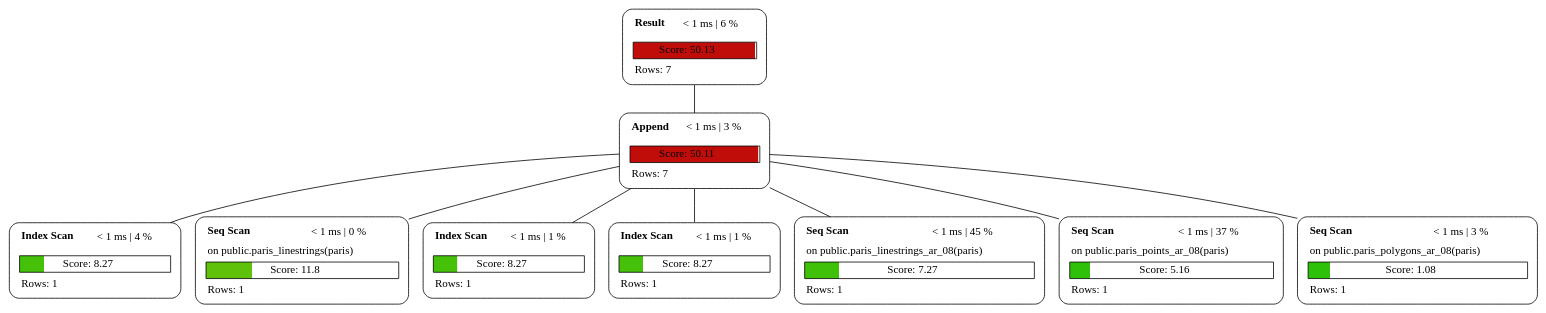
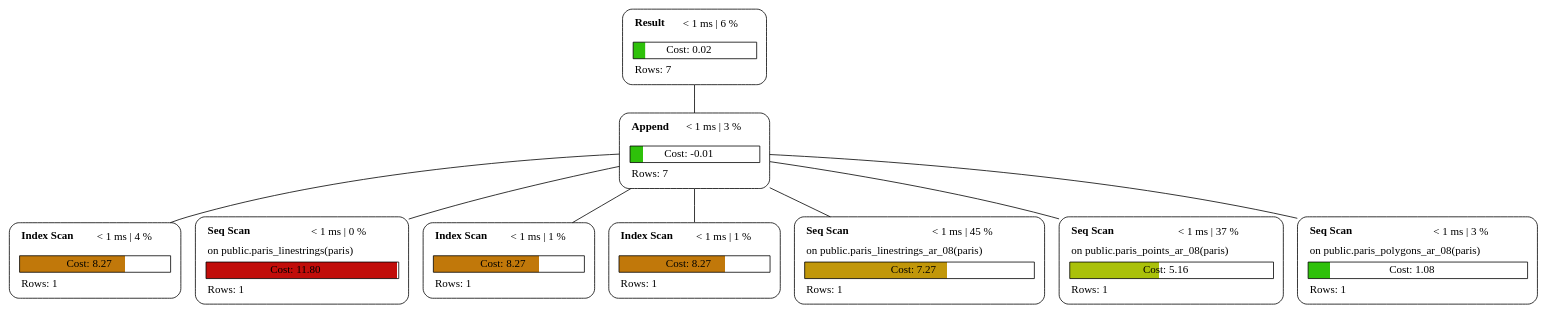
One commit to sanpii/explain changed the diagram in examples/plan_3.dot. Above: the diagram before and after it, drawn with Graphviz. The commit also changed 16 other files, not shown here.

```diff
--- a/examples/plan_3.dot
+++ b/examples/plan_3.dot
@@ -1,19 +1,19 @@
 graph explain {
-    node0[label=<<table border="0" cellborder="0" cellspacing="5"><tr><td align="left"><b>Result</b></td><td>&lt; 1 ms | 6 %</td></tr><tr><td colspan="2" align="left"></td></tr><tr><td colspan="2" border="1" bgcolor="#c10d0a;0.99:white">Score: 50.13</td></tr><tr><td colspan="2" align="left">Rows: 7</td></tr></table>>][style="rounded"][shape="box"];
-    node1[label=<<table border="0" cellborder="0" cellspacing="5"><tr><td align="left"><b>Append</b></td><td>&lt; 1 ms | 3 %</td></tr><tr><td colspan="2" align="left"></td></tr><tr><td colspan="2" border="1" bgcolor="#c10d0a;0.99:white">Score: 50.11</td></tr><tr><td colspan="2" align="left">Rows: 7</td></tr></table>>][style="rounded"][shape="box"];
-    node2[label=<<table border="0" cellborder="0" cellspacing="5"><tr><td align="left"><b>Index Scan</b></td><td>&lt; 1 ms | 4 %</td></tr><tr><td colspan="2" align="left"></td></tr><tr><td colspan="2" border="1" bgcolor="#46c10a;0.16:white">Score: 8.27</td></tr><tr><td colspan="2" align="left">Rows: 1</td></tr></table>>][style="rounded"][shape="box"];
-    node3[label=<<table border="0" cellborder="0" cellspacing="5"><tr><td align="left"><b>Seq Scan</b></td><td>&lt; 1 ms | 0 %</td></tr><tr><td colspan="2" align="left">on public.paris_linestrings(paris)</td></tr><tr><td colspan="2" border="1" bgcolor="#60c10a;0.24:white">Score: 11.8</td></tr><tr><td colspan="2" align="left">Rows: 1</td></tr></table>>][style="rounded"][shape="box"];
-    node4[label=<<table border="0" cellborder="0" cellspacing="5"><tr><td align="left"><b>Index Scan</b></td><td>&lt; 1 ms | 1 %</td></tr><tr><td colspan="2" align="left"></td></tr><tr><td colspan="2" border="1" bgcolor="#46c10a;0.16:white">Score: 8.27</td></tr><tr><td colspan="2" align="left">Rows: 1</td></tr></table>>][style="rounded"][shape="box"];
-    node5[label=<<table border="0" cellborder="0" cellspacing="5"><tr><td align="left"><b>Index Scan</b></td><td>&lt; 1 ms | 1 %</td></tr><tr><td colspan="2" align="left"></td></tr><tr><td colspan="2" border="1" bgcolor="#46c10a;0.16:white">Score: 8.27</td></tr><tr><td colspan="2" align="left">Rows: 1</td></tr></table>>][style="rounded"][shape="box"];
-    node6[label=<<table border="0" cellborder="0" cellspacing="5"><tr><td align="left"><b>Seq Scan</b></td><td>&lt; 1 ms | 45 %</td></tr><tr><td colspan="2" align="left">on public.paris_linestrings_ar_08(paris)</td></tr><tr><td colspan="2" border="1" bgcolor="#3fc10a;0.15:white">Score: 7.27</td></tr><tr><td colspan="2" align="left">Rows: 1</td></tr></table>>][style="rounded"][shape="box"];
-    node7[label=<<table border="0" cellborder="0" cellspacing="5"><tr><td align="left"><b>Seq Scan</b></td><td>&lt; 1 ms | 37 %</td></tr><tr><td colspan="2" align="left">on public.paris_points_ar_08(paris)</td></tr><tr><td colspan="2" border="1" bgcolor="#2fc10a;0.10:white">Score: 5.16</td></tr><tr><td colspan="2" align="left">Rows: 1</td></tr></table>>][style="rounded"][shape="box"];
-    node8[label=<<table border="0" cellborder="0" cellspacing="5"><tr><td align="left"><b>Seq Scan</b></td><td>&lt; 1 ms | 3 %</td></tr><tr><td colspan="2" align="left">on public.paris_polygons_ar_08(paris)</td></tr><tr><td colspan="2" border="1" bgcolor="#2ec10a;0.10:white">Score: 1.08</td></tr><tr><td colspan="2" align="left">Rows: 1</td></tr></table>>][style="rounded"][shape="box"];
+    node0[label=<<table border="0" cellborder="0" cellspacing="5"><tr><td align="left"><b>Result</b></td><td>&lt; 1 ms | 6 %</td></tr><tr><td colspan="2" align="left"></td></tr><tr><td colspan="2" border="1" bgcolor="#2ec10a;0.10:white">Cost: 0.02</td></tr><tr><td colspan="2" align="left">Rows: 7</td></tr></table>>][style="rounded"][shape="box"];
+    node1[label=<<table border="0" cellborder="0" cellspacing="5"><tr><td align="left"><b>Append</b></td><td>&lt; 1 ms | 3 %</td></tr><tr><td colspan="2" align="left"></td></tr><tr><td colspan="2" border="1" bgcolor="#2ec10a;0.10:white">Cost: -0.01</td></tr><tr><td colspan="2" align="left">Rows: 7</td></tr></table>>][style="rounded"][shape="box"];
+    node2[label=<<table border="0" cellborder="0" cellspacing="5"><tr><td align="left"><b>Index Scan</b></td><td>&lt; 1 ms | 4 %</td></tr><tr><td colspan="2" align="left"></td></tr><tr><td colspan="2" border="1" bgcolor="#c1780a;0.70:white">Cost: 8.27</td></tr><tr><td colspan="2" align="left">Rows: 1</td></tr></table>>][style="rounded"][shape="box"];
+    node3[label=<<table border="0" cellborder="0" cellspacing="5"><tr><td align="left"><b>Seq Scan</b></td><td>&lt; 1 ms | 0 %</td></tr><tr><td colspan="2" align="left">on public.paris_linestrings(paris)</td></tr><tr><td colspan="2" border="1" bgcolor="#c10d0a;0.99:white">Cost: 11.80</td></tr><tr><td colspan="2" align="left">Rows: 1</td></tr></table>>][style="rounded"][shape="box"];
+    node4[label=<<table border="0" cellborder="0" cellspacing="5"><tr><td align="left"><b>Index Scan</b></td><td>&lt; 1 ms | 1 %</td></tr><tr><td colspan="2" align="left"></td></tr><tr><td colspan="2" border="1" bgcolor="#c1780a;0.70:white">Cost: 8.27</td></tr><tr><td colspan="2" align="left">Rows: 1</td></tr></table>>][style="rounded"][shape="box"];
+    node5[label=<<table border="0" cellborder="0" cellspacing="5"><tr><td align="left"><b>Index Scan</b></td><td>&lt; 1 ms | 1 %</td></tr><tr><td colspan="2" align="left"></td></tr><tr><td colspan="2" border="1" bgcolor="#c1780a;0.70:white">Cost: 8.27</td></tr><tr><td colspan="2" align="left">Rows: 1</td></tr></table>>][style="rounded"][shape="box"];
+    node6[label=<<table border="0" cellborder="0" cellspacing="5"><tr><td align="left"><b>Seq Scan</b></td><td>&lt; 1 ms | 45 %</td></tr><tr><td colspan="2" align="left">on public.paris_linestrings_ar_08(paris)</td></tr><tr><td colspan="2" border="1" bgcolor="#c1970a;0.62:white">Cost: 7.27</td></tr><tr><td colspan="2" align="left">Rows: 1</td></tr></table>>][style="rounded"][shape="box"];
+    node7[label=<<table border="0" cellborder="0" cellspacing="5"><tr><td align="left"><b>Seq Scan</b></td><td>&lt; 1 ms | 37 %</td></tr><tr><td colspan="2" align="left">on public.paris_points_ar_08(paris)</td></tr><tr><td colspan="2" border="1" bgcolor="#aac10a;0.44:white">Cost: 5.16</td></tr><tr><td colspan="2" align="left">Rows: 1</td></tr></table>>][style="rounded"][shape="box"];
+    node8[label=<<table border="0" cellborder="0" cellspacing="5"><tr><td align="left"><b>Seq Scan</b></td><td>&lt; 1 ms | 3 %</td></tr><tr><td colspan="2" align="left">on public.paris_polygons_ar_08(paris)</td></tr><tr><td colspan="2" border="1" bgcolor="#2ec10a;0.10:white">Cost: 1.08</td></tr><tr><td colspan="2" align="left">Rows: 1</td></tr></table>>][style="rounded"][shape="box"];
     node0 -- node1[label=""];
     node1 -- node2[label=""];
     node1 -- node3[label=""];
     node1 -- node4[label=""];
     node1 -- node5[label=""];
     node1 -- node6[label=""];
     node1 -- node7[label=""];
     node1 -- node8[label=""];
 }
```
